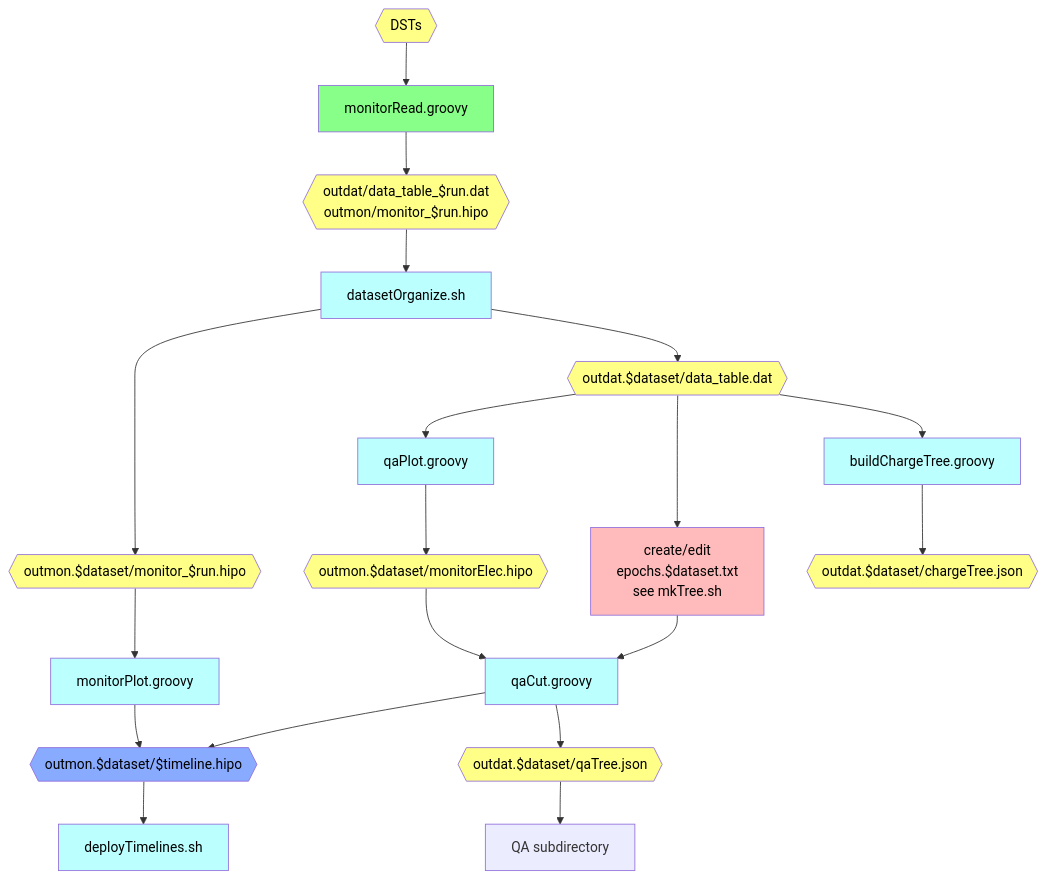
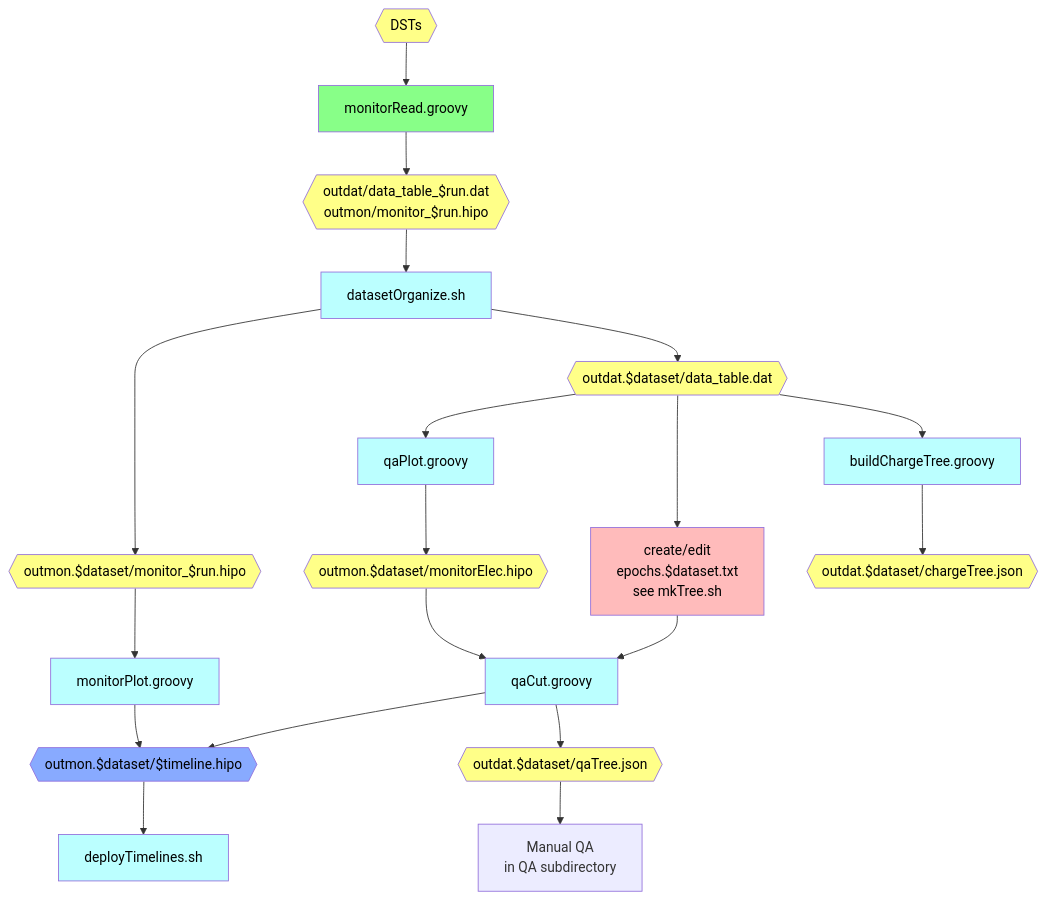
Before and after one commit to c-dilks/clasqa: the second of 3 diagrams in docs/docDiagram.md, drawn with Mermaid. The commit also changed other lines of this file, not shown here.

Commit message:
modified:   docs/docDiagram.md

````diff
--- a/docs/docDiagram.md
+++ b/docs/docDiagram.md
@@ -23,31 +23,31 @@
 ```mermaid
-graph TD
+flowchart TD
     dst{{DSTs}}:::data --> monitorRead[monitorRead.groovy]:::exeSlurm
     monitorRead --> monitorReadOut{{outdat/data_table_$run.dat<br>outmon/monitor_$run.hipo}}:::data
     monitorReadOut --> do[datasetOrganize.sh]:::exeTimeline
     do --> dm{{outmon.$dataset/monitor_$run.hipo}}:::data
     do --> dt{{outdat.$dataset/data_table.dat}}:::data
     
     dm --> monitorPlot[monitorPlot.groovy]:::exeTimeline
     monitorPlot --> tl{{outmon.$dataset/$timeline.hipo}}:::timeline
     
     dt --> qaPlot[qaPlot.groovy]:::exeTimeline
     dt --> man[create/edit<br>epochs.$dataset.txt<br>see mkTree.sh]:::manual
     qaPlot --> monitorElec{{outmon.$dataset/monitorElec.hipo}}:::data
     monitorElec --> qaCut[qaCut.groovy]:::exeTimeline
     man --> qaCut
     qaCut --> tl
     qaCut --> qaTree{{outdat.$dataset/qaTree.json}}:::data
-    qaTree --> cd[QA subdirectory]
+    qaTree --> cd[Manual QA<br/>in QA subdirectory]
     dt --> buildCT[buildChargeTree.groovy]:::exeTimeline
     buildCT --> chargeTree{{outdat.$dataset/chargeTree.json}}:::data
     
     tl --> deploy[deployTimelines.sh]:::exeTimeline
     
     classDef data fill:#ff8,color:black
     classDef exeSlurm fill:#8f8,color:black
     classDef exeTimeline fill:#bff,color:black
     classDef manual fill:#fbb,color:black
     classDef timeline fill:#8af,color:black
     classDef exeQA fill:#f8f,color:black
 ```
````
